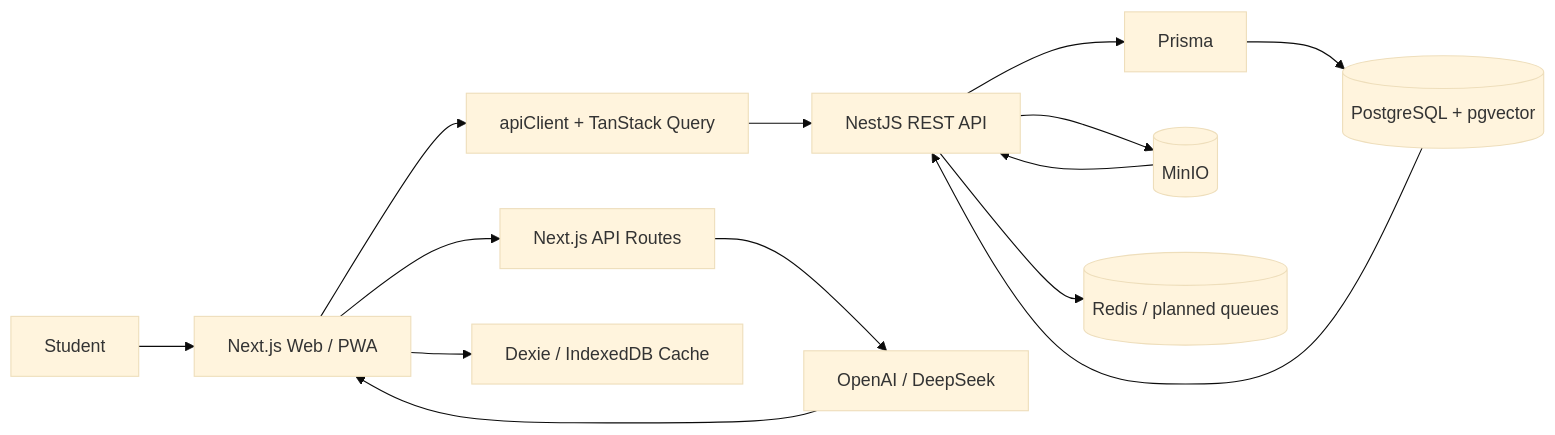
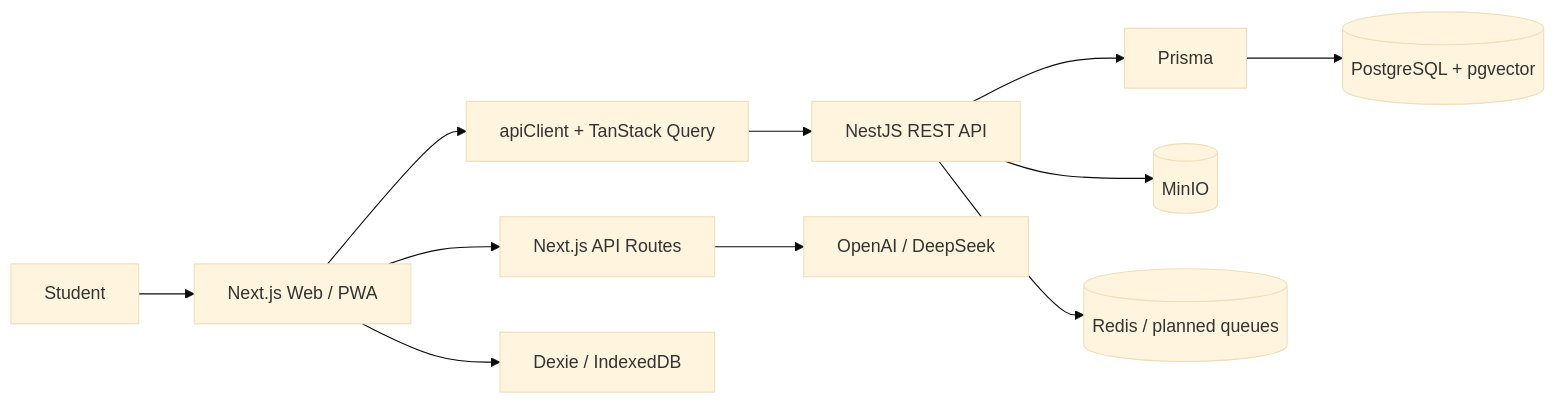
One commit to Drb-code-ing/PrepMind_ai changed the diagram in README.md. Above: the diagram before and after it, drawn with Mermaid (base theme). The commit also changed other lines of this file and 5 other files, not shown here.

````diff
--- a/README.md
+++ b/README.md
@@ -46,20 +43,13 @@
 ```mermaid
 flowchart LR
   User[Student] --> Web[Next.js Web / PWA]
-
   Web --> ApiClient[apiClient + TanStack Query]
   Web --> NextApi[Next.js API Routes]
-  Web --> Dexie[Dexie / IndexedDB Cache]
-
+  Web --> Dexie[Dexie / IndexedDB]
   ApiClient --> Server[NestJS REST API]
   NextApi --> LLM[OpenAI / DeepSeek]
-
   Server --> Prisma[Prisma]
   Prisma --> Postgres[(PostgreSQL + pgvector)]
   Server --> MinIO[(MinIO)]
   Server --> Redis[(Redis / planned queues)]
-
-  LLM --> Web
-  Postgres --> Server
-  MinIO --> Server
 ```
````
